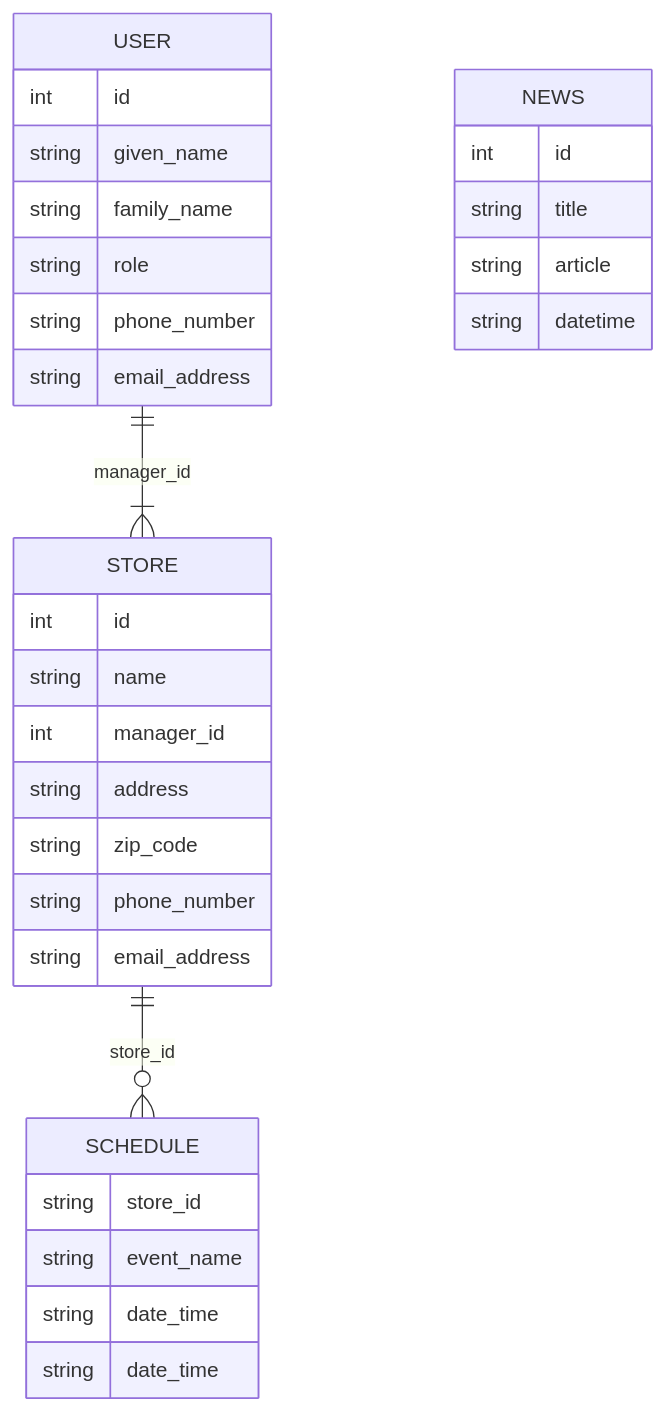
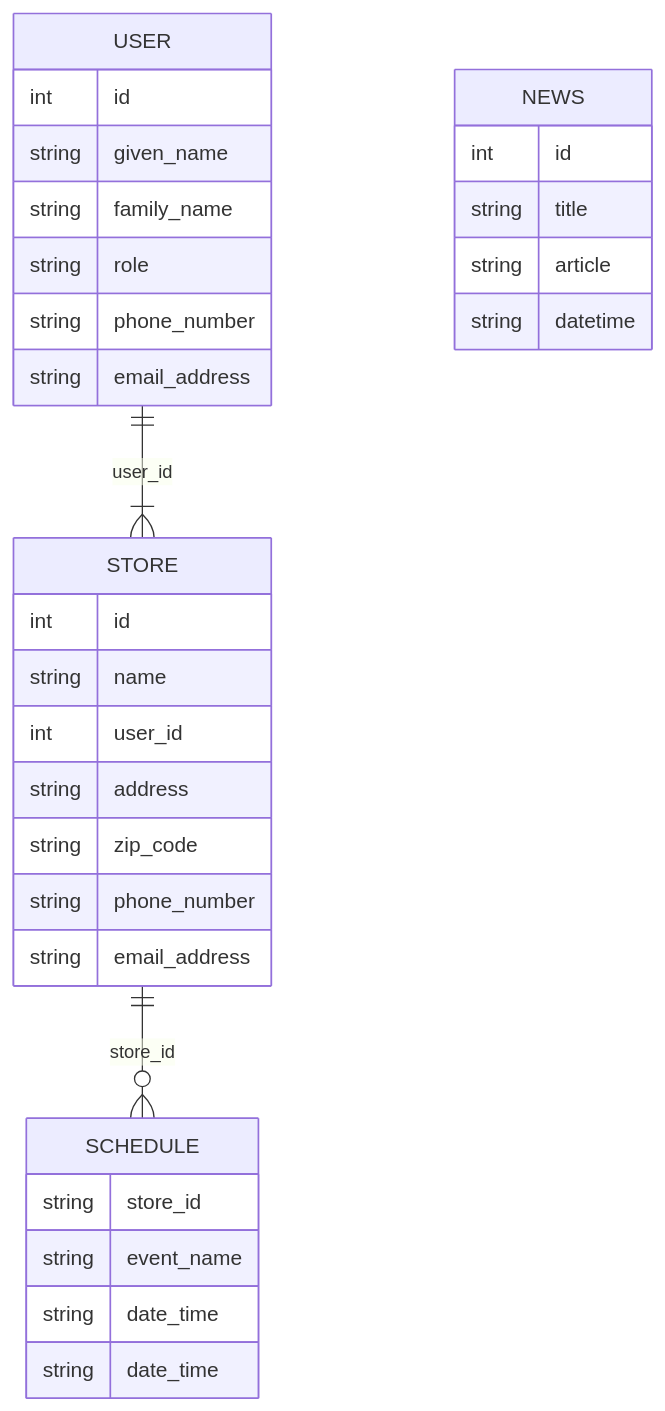
Before and after one commit to cowkami/marimari-api: the diagram in docs/er.md, drawn with Mermaid. The commit also changed 1 other file, not shown here.

Commit message:
add usecase doc

````diff
--- a/docs/er.md
+++ b/docs/er.md
@@ -3,39 +3,39 @@
 ```mermaid
 erDiagram
-  USER ||--|{ STORE : manager_id
+  USER ||--|{ STORE : user_id
   USER {
     int id
     string given_name
     string family_name
     string role
     string phone_number
     string email_address
   }
 
   STORE ||--o{ SCHEDULE : store_id
   STORE {
     int id
     string name
-    int manager_id
+    int user_id
     string address
     string zip_code
     string phone_number
     string email_address
   }
 
   SCHEDULE
   SCHEDULE {
     string store_id
     string event_name
     string date_time
     string date_time
   }
 
   NEWS
   NEWS {
     int id
     string title
     string article
     string datetime
   }
 ```
````
